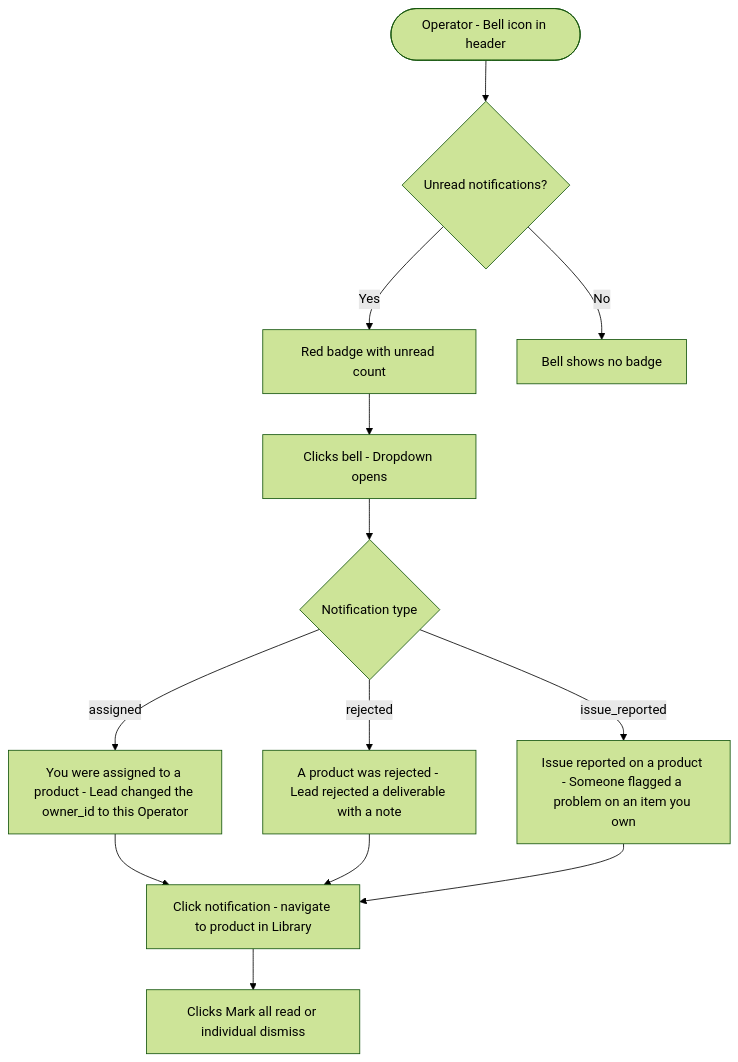
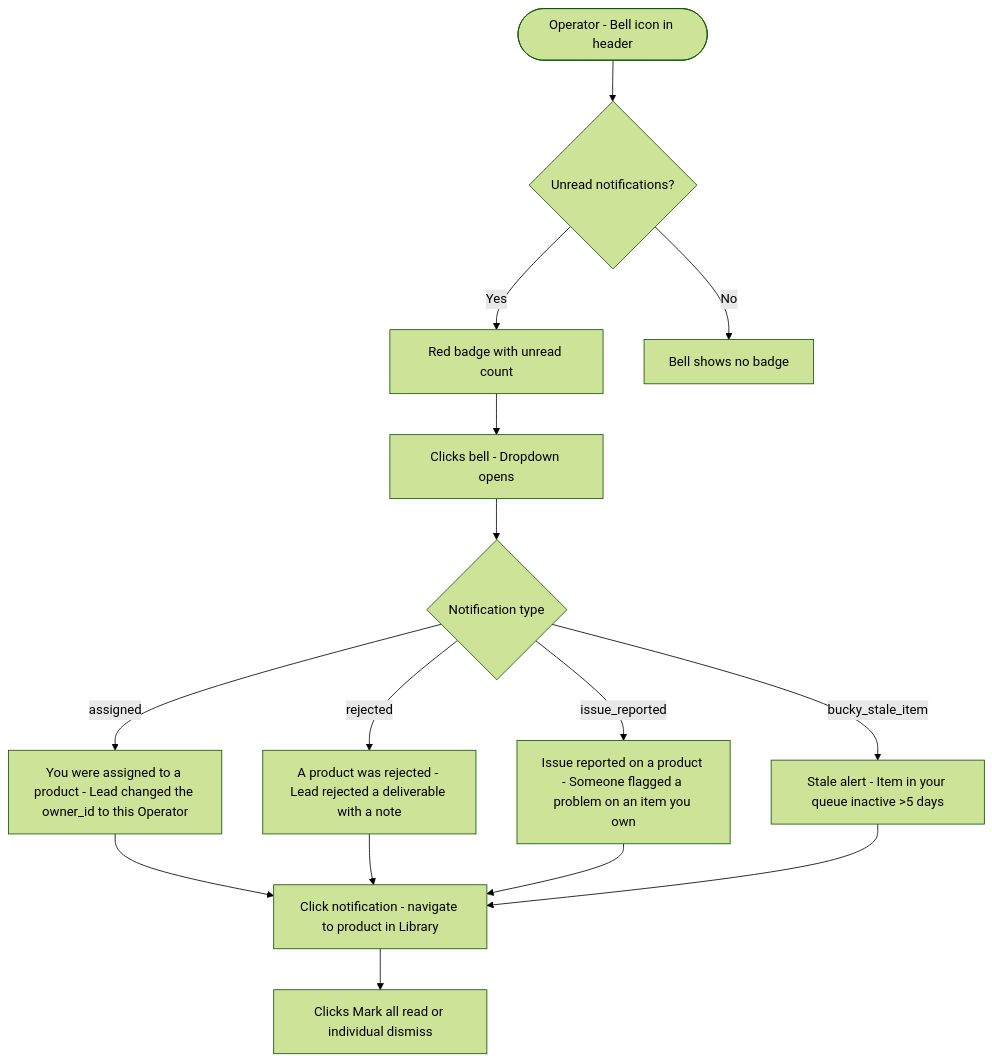
The seventh of 18 diagrams in role_workflows.md (Lyduke56/BuckedUp-Dashboard-Lifewood), drawn with Mermaid (forest theme) before and after one commit. The commit also changed other lines of this file and 6 other files, not shown here.

````diff
--- a/role_workflows.md
+++ b/role_workflows.md
@@ -287,13 +234,14 @@
 ```mermaid
 flowchart TD
     A(["Operator - Bell icon in header"]) --> B{Unread notifications?}
     B -- Yes --> C[Red badge with unread count]
     C --> D["Clicks bell - Dropdown opens"]
     D --> E{Notification type}
     E -- assigned --> F["You were assigned to a product - Lead changed the owner_id to this Operator"]
     E -- rejected --> G["A product was rejected - Lead rejected a deliverable with a note"]
     E -- issue_reported --> H["Issue reported on a product - Someone flagged a problem on an item you own"]
-    F & G & H --> I["Click notification - navigate to product in Library"]
-    I --> J["Clicks Mark all read or individual dismiss"]
-    B -- No --> K[Bell shows no badge]
+    E -- bucky_stale_item --> I["Stale alert - Item in your queue inactive >5 days"]
+    F & G & H & I --> J["Click notification - navigate to product in Library"]
+    J --> K["Clicks Mark all read or individual dismiss"]
+    B -- No --> L[Bell shows no badge]
 ```
````
